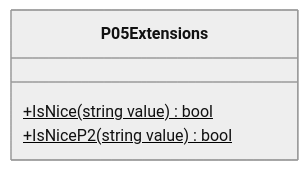
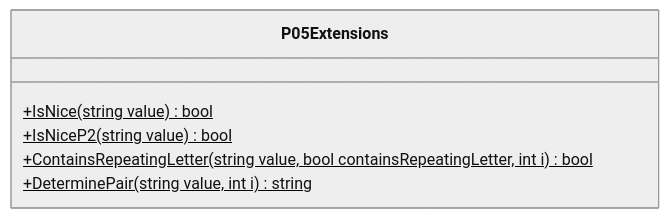
Diagram 13 of 17 in CODE_METRICS.md (dfar-io/aoc-2015), drawn with Mermaid (neutral theme) before and after one commit. The commit also changed other lines of this file, not shown here.

````diff
--- a/CODE_METRICS.md
+++ b/CODE_METRICS.md
@@ -810,8 +812,10 @@
 ```mermaid
 classDiagram
 class P05Extensions{
     +IsNice(string value)$ bool
     +IsNiceP2(string value)$ bool
+    +ContainsRepeatingLetter(string value, bool containsRepeatingLetter, int i)$ bool
+    +DeterminePair(string value, int i)$ string
 }
 
 ```
````
